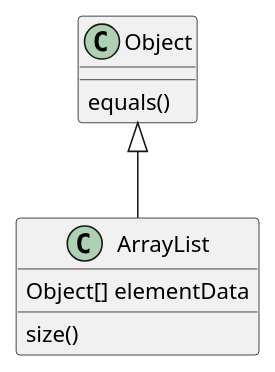
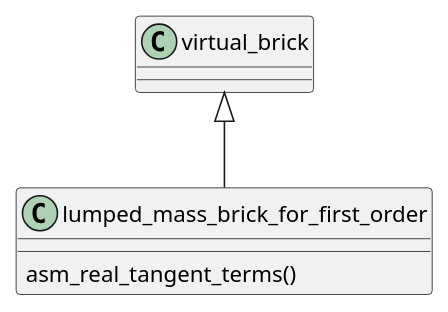
Before and after one commit to tkoyama010/OpenCAE-tkoyama010: the diagram in lumped_mass_brick.puml, drawn with PlantUML.

```diff
--- a/lumped_mass_brick.puml
+++ b/lumped_mass_brick.puml
@@ -1,8 +1,6 @@
 @startuml
-Object <|-- ArrayList
+virtual_brick <|-- lumped_mass_brick_for_first_order
 
-Object : equals()
-ArrayList : Object[] elementData
-ArrayList : size()
+lumped_mass_brick_for_first_order : asm_real_tangent_terms()
 
 @enduml
```
